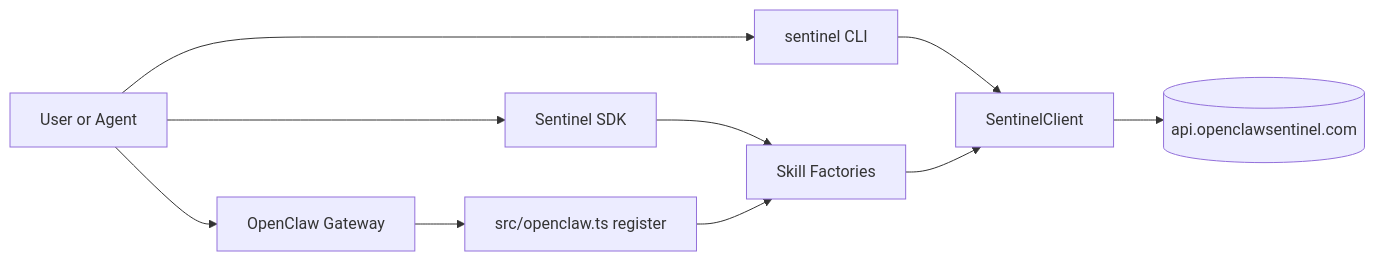
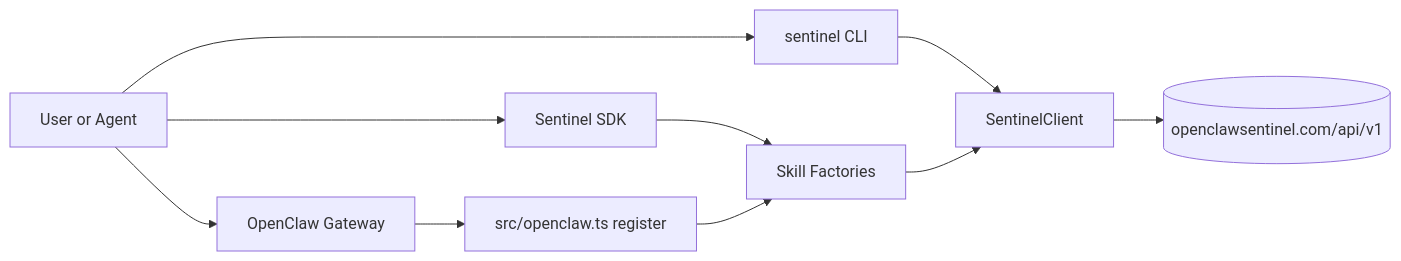
Before and after one commit to dazeb/openclaw-sentinel-cli: the first of 3 diagrams in STRUCTURE.md, drawn with Mermaid.

Commit message:
Change API URL for Client in STRUCTURE.md
Updated API URL in the Client section of the structure document.

````diff
--- a/STRUCTURE.md
+++ b/STRUCTURE.md
@@ -7,14 +7,14 @@
 ```mermaid
 flowchart LR
   U[User or Agent] --> CLI[sentinel CLI]
   U --> SDK[Sentinel SDK]
   U --> OC[OpenClaw Gateway]
 
   CLI --> Client[SentinelClient]
   SDK --> Skills[Skill Factories]
   Skills --> Client
   OC --> Plugin[src/openclaw.ts register]
   Plugin --> Skills
 
-  Client --> API[(api.openclawsentinel.com)]
+  Client --> API[(openclawsentinel.com/api/v1)]
 ```
````
